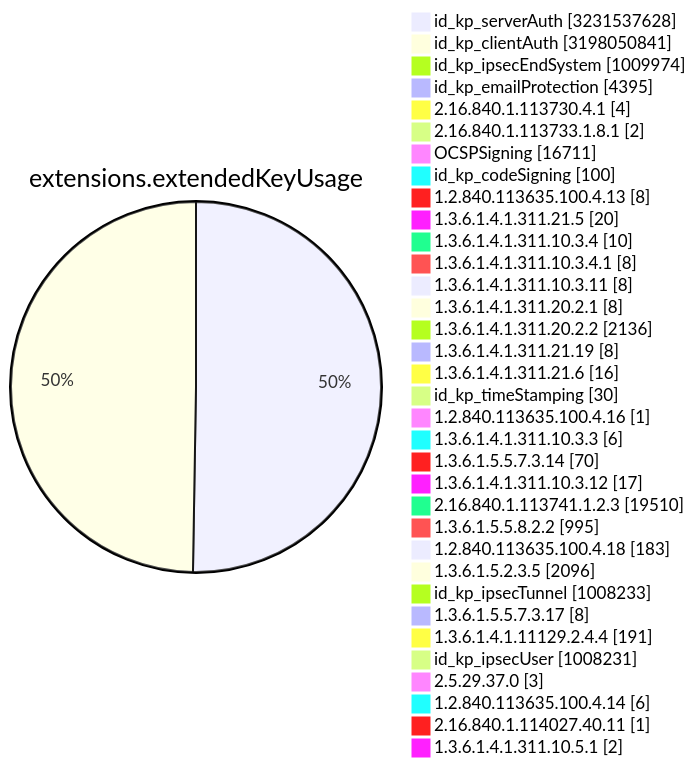
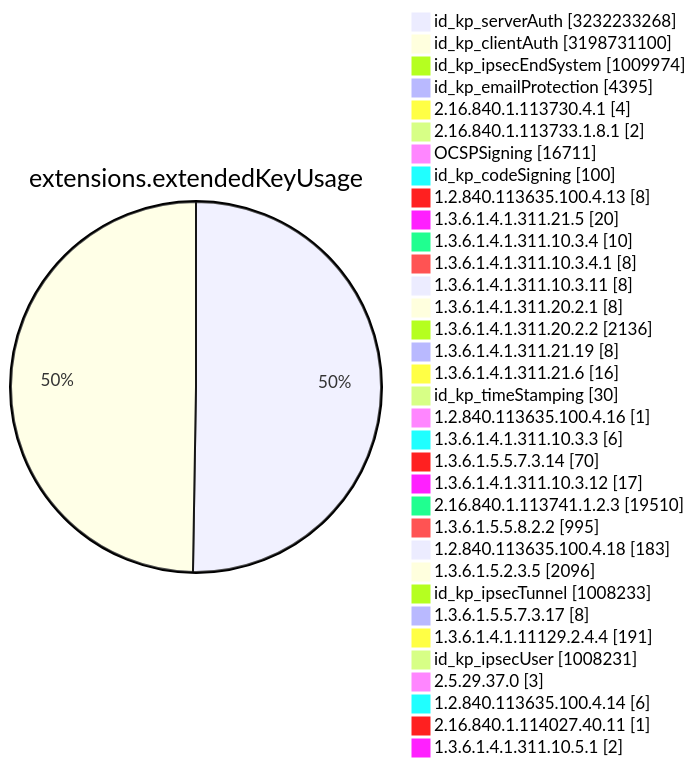
Before and after one commit to christiankrug/ctmonitor_visualization: diagram 11 of 15 in TOTAL/README.md, drawn with Mermaid. The commit also changed other lines of this file, not shown here.

````diff
--- a/TOTAL/README.md
+++ b/TOTAL/README.md
@@ -4119,38 +4119,38 @@
 ```mermaid
 pie showData
 title extensions.extendedKeyUsage
-"id_kp_serverAuth" :3231537628
-"id_kp_clientAuth" :3198050841
+"id_kp_serverAuth" :3232233268
+"id_kp_clientAuth" :3198731100
 "id_kp_ipsecEndSystem" :1009974
 "id_kp_emailProtection" :4395
 "2.16.840.1.113730.4.1" :4
 "2.16.840.1.113733.1.8.1" :2
 "OCSPSigning" :16711
 "id_kp_codeSigning" :100
 "1.2.840.113635.100.4.13" :8
 "1.3.6.1.4.1.311.21.5" :20
 "1.3.6.1.4.1.311.10.3.4" :10
 "1.3.6.1.4.1.311.10.3.4.1" :8
 "1.3.6.1.4.1.311.10.3.11" :8
 "1.3.6.1.4.1.311.20.2.1" :8
 "1.3.6.1.4.1.311.20.2.2" :2136
 "1.3.6.1.4.1.311.21.19" :8
 "1.3.6.1.4.1.311.21.6" :16
 "id_kp_timeStamping" :30
 "1.2.840.113635.100.4.16" :1
 "1.3.6.1.4.1.311.10.3.3" :6
 "1.3.6.1.5.5.7.3.14" :70
 "1.3.6.1.4.1.311.10.3.12" :17
 "2.16.840.1.113741.1.2.3" :19510
 "1.3.6.1.5.5.8.2.2" :995
 "1.2.840.113635.100.4.18" :183
 "1.3.6.1.5.2.3.5" :2096
 "id_kp_ipsecTunnel" :1008233
 "1.3.6.1.5.5.7.3.17" :8
 "1.3.6.1.4.1.11129.2.4.4" :191
 "id_kp_ipsecUser" :1008231
 "2.5.29.37.0" :3
 "1.2.840.113635.100.4.14" :6
 "2.16.840.1.114027.40.11" :1
 "1.3.6.1.4.1.311.10.5.1" :2
 ```
````
